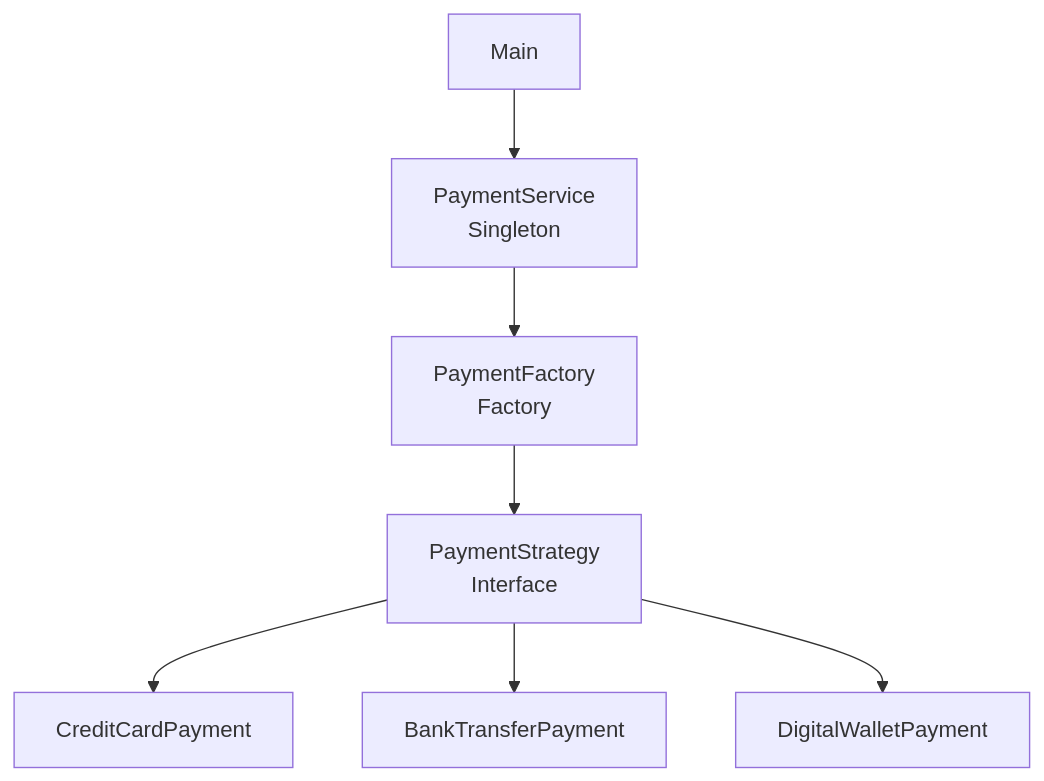
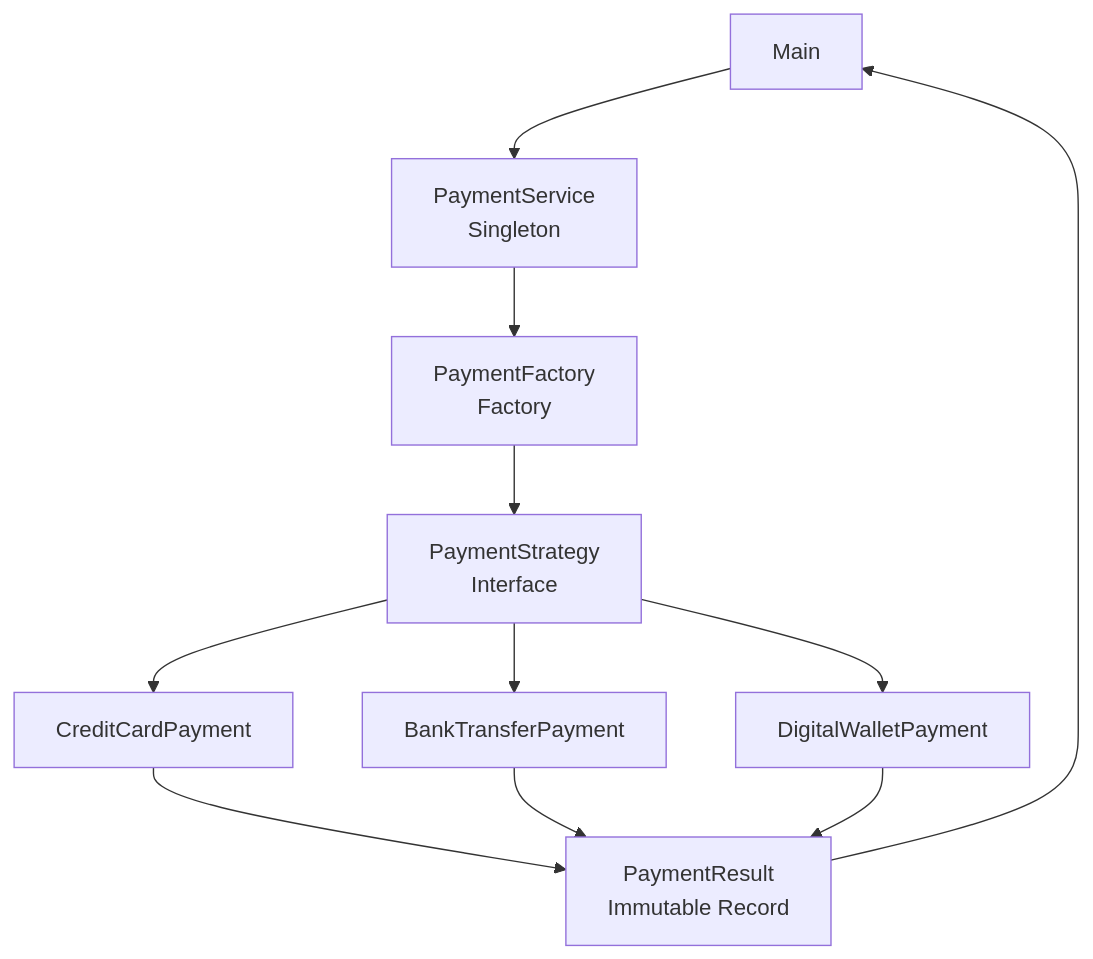
One commit to yigitcnkzlts/PaymentDemo changed the diagram in README.md. Above: the diagram before and after it, drawn with Mermaid. The commit also changed other lines of this file and 10 other files, not shown here.

````diff
--- a/README.md
+++ b/README.md
@@ -68,9 +70,13 @@
 ```mermaid
 flowchart TD
     Main[Main] --> Service[PaymentService<br/>Singleton]
     Service --> Factory[PaymentFactory<br/>Factory]
     Factory --> Strategy[PaymentStrategy<br/>Interface]
     Strategy --> Credit[CreditCardPayment]
     Strategy --> Bank[BankTransferPayment]
     Strategy --> Wallet[DigitalWalletPayment]
+    Credit --> Result[PaymentResult<br/>Immutable Record]
+    Bank --> Result
+    Wallet --> Result
+    Result --> Main
 ```
````
